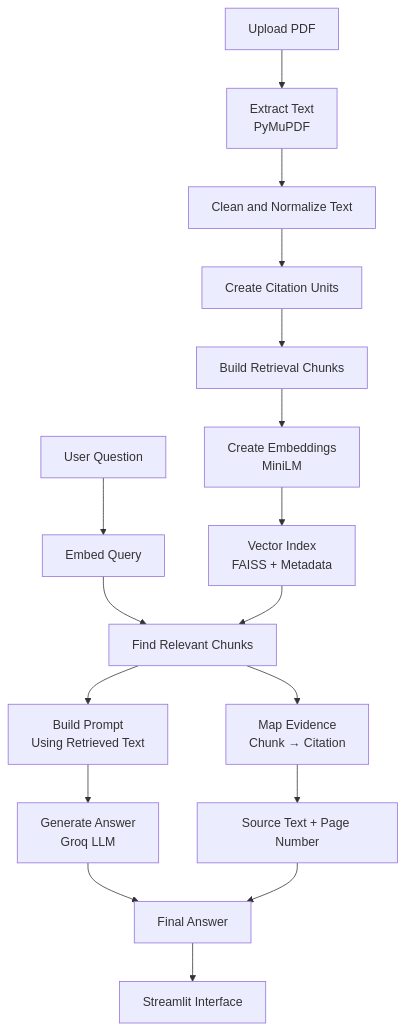
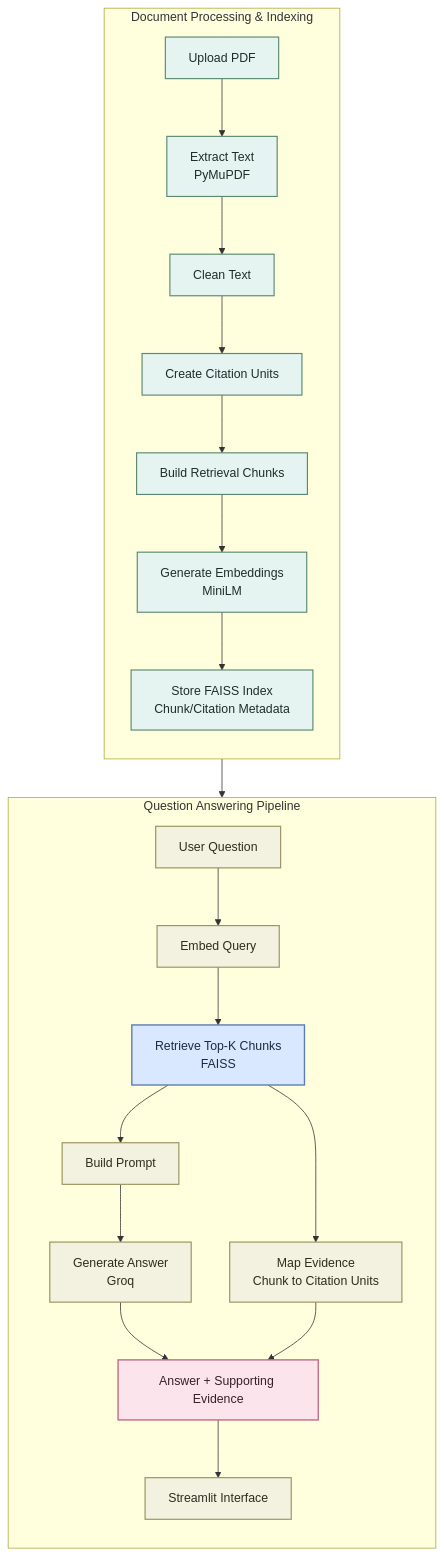
The diagram in README.md (KAIFNADAF/poppulo-pdf-rag), drawn with Mermaid before and after one commit.

Commit message:
Revise README for clarity and detail
Updated README to enhance project description and structure.

````diff
--- a/README.md
+++ b/README.md
@@ -54,28 +54,58 @@
 ```mermaid
-flowchart TD
+flowchart TB
 
-A[Upload PDF] --> B[Extract Text<br>PyMuPDF]
-B --> C[Clean and Normalize Text]
-C --> D[Create Citation Units]
+%% ---------------------
+%% SECTION STYLES
+%% ---------------------
+classDef indexing fill:#e6f4f1,stroke:#5b8a72,stroke-width:1.5px,color:#1f2d2a;
+classDef querying fill:#f3f1df,stroke:#9a925f,stroke-width:1.5px,color:#2f2b1f;
+classDef bridge fill:#d9e8ff,stroke:#5b7db1,stroke-width:1.8px,color:#1f2a3a;
+classDef answer fill:#fbe4ec,stroke:#c06c84,stroke-width:1.8px,color:#3a1f29;
 
-D --> E[Build Retrieval Chunks]
-E --> F[Create Embeddings<br>MiniLM]
-F --> G[Vector Index<br>FAISS + Metadata]
+%% ---------------------
+%% INDEXING (LEFT BLOCK)
+%% ---------------------
+subgraph Indexing["Document Processing & Indexing"]
+direction TB
+A["Upload PDF"] --> B["Extract Text<br/>PyMuPDF"]
+B --> C["Clean Text"]
+C --> D["Create Citation Units"]
+D --> E["Build Retrieval Chunks"]
+E --> F["Generate Embeddings<br/>MiniLM"]
+F --> G["Store FAISS Index<br/>Chunk/Citation Metadata"]
+end
 
-H[User Question] --> I[Embed Query]
-I --> J[Find Relevant Chunks]
+%% ---------------------
+%% RETRIEVAL BRIDGE
+%% ---------------------
+J["Retrieve Top-K Chunks<br/>FAISS"]
 
+%% ---------------------
+%% QUERYING (RIGHT BLOCK)
+%% ---------------------
+subgraph Querying["Question Answering Pipeline"]
+direction TB
+H["User Question"] --> I["Embed Query"]
+I --> J
+J --> K["Build Prompt"]
+K --> L["Generate Answer<br/>Groq"]
+J --> M["Map Evidence<br/>Chunk to Citation Units"]
+L --> N["Answer + Supporting Evidence"]
+M --> N
+N --> O["Streamlit Interface"]
+end
+
+%% ---------------------
+%% CROSS LINK
+%% ---------------------
 G --> J
 
-J --> K[Build Prompt<br>Using Retrieved Text]
-K --> L[Generate Answer<br>Groq LLM]
-
-J --> M[Map Evidence<br>Chunk → Citation]
-M --> N[Source Text + Page Number]
-
-L --> O[Final Answer]
-N --> O
-
-O --> P[Streamlit Interface]
+%% ---------------------
+%% NODE STYLES
+%% ---------------------
+class A,B,C,D,E,F,G indexing;
+class H,I,K,L,M,O querying;
+class J bridge;
+class N answer;
 
 ```
````
